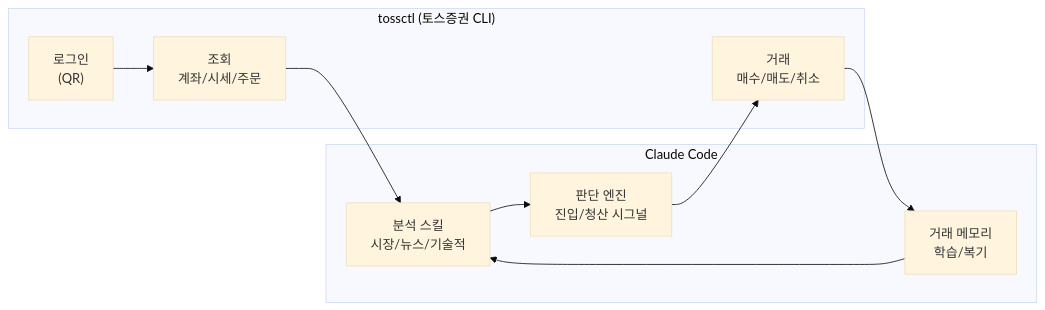
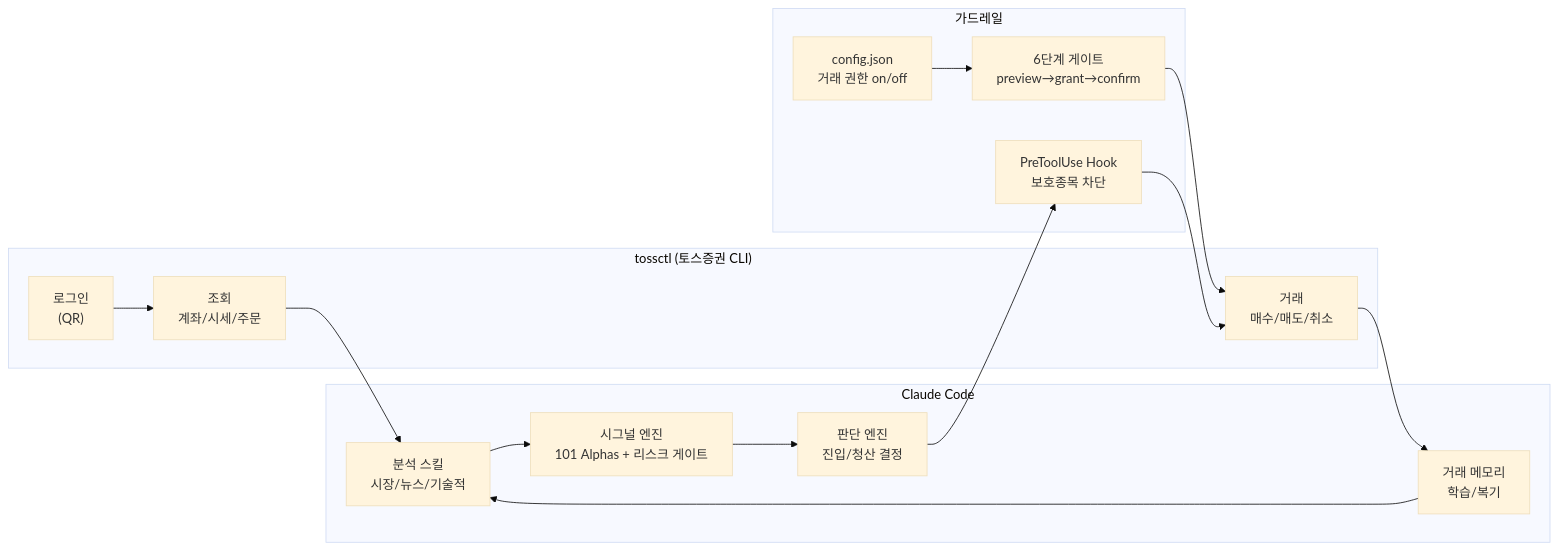
Before and after one commit to Aiden-Kwak/toss-trading-system: the first of 4 diagrams in README.md, drawn with Mermaid (base theme). The commit also changed other lines of this file, not shown here.

First line of the commit message:
Update README with signal engine, alphas, guardrail docs

````diff
--- a/README.md
+++ b/README.md
@@ -10,21 +10,32 @@
 ```mermaid
 flowchart LR
     subgraph Claude["Claude Code"]
         ANALYZE["분석 스킬\n시장/뉴스/기술적"]
-        DECIDE["판단 엔진\n진입/청산 시그널"]
+        ALPHA["시그널 엔진\n101 Alphas + 리스크 게이트"]
+        DECIDE["판단 엔진\n진입/청산 결정"]
         MEMORY["거래 메모리\n학습/복기"]
     end
 
     subgraph Toss["tossctl (토스증권 CLI)"]
         AUTH["로그인\n(QR)"]
         READ["조회\n계좌/시세/주문"]
         TRADE["거래\n매수/매도/취소"]
     end
 
-    ANALYZE --> DECIDE
-    DECIDE --> TRADE
+    subgraph Guard["가드레일"]
+        HOOK["PreToolUse Hook\n보호종목 차단"]
+        CONFIG["config.json\n거래 권한 on/off"]
+        GATE["6단계 게이트\npreview→grant→confirm"]
+    end
+
+    ANALYZE --> ALPHA
+    ALPHA --> DECIDE
+    DECIDE --> HOOK
+    HOOK --> TRADE
     TRADE --> MEMORY
     MEMORY --> ANALYZE
     AUTH --> READ
     READ --> ANALYZE
+    CONFIG --> GATE
+    GATE --> TRADE
 ```
````
